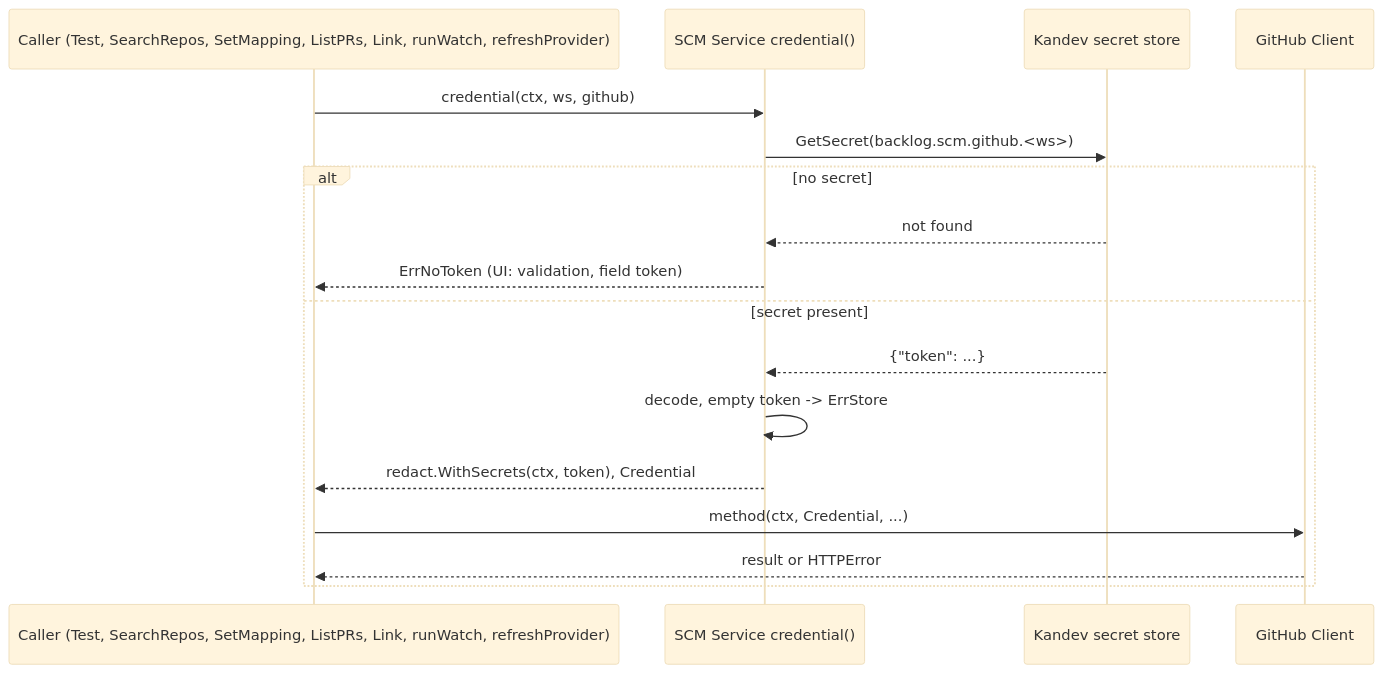
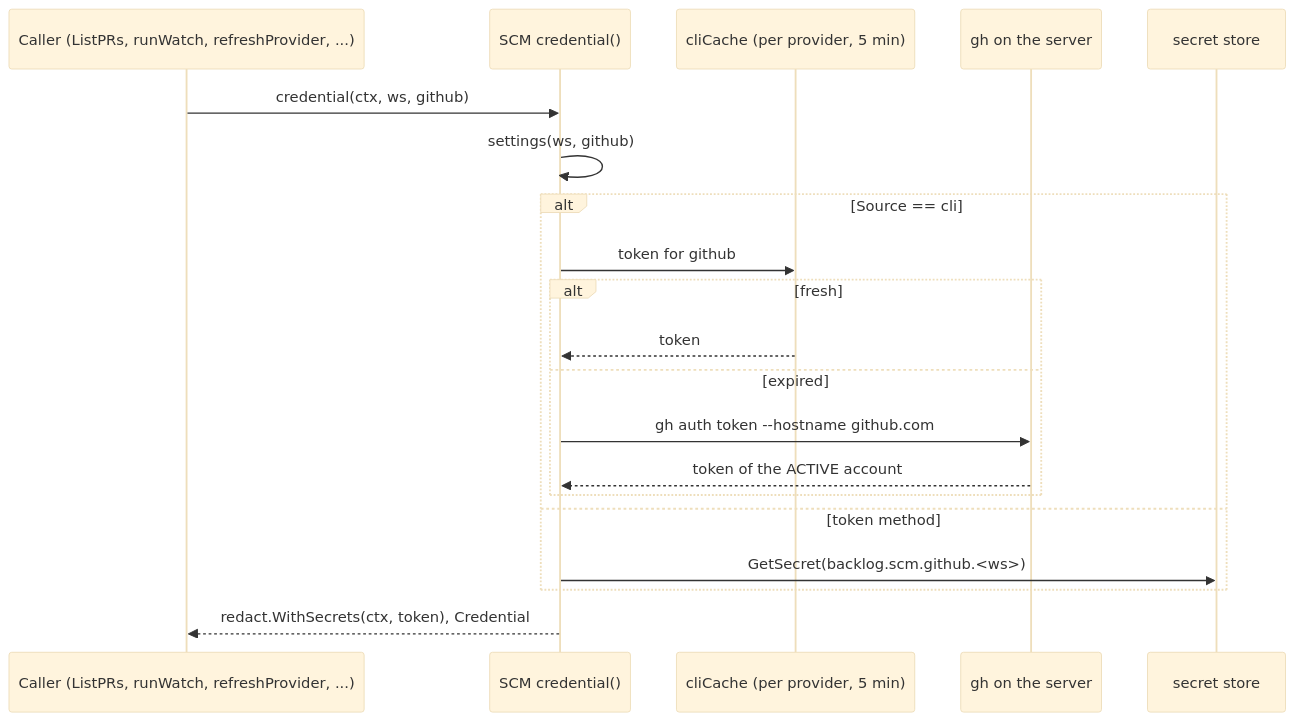
Before and after one commit to khuongdo/kandev-plugin-nulab-backlog: the third of 5 diagrams in aidlc/spaces/default/codekb/kandev-plugin-nulab-backlog/architecture.md, drawn with Mermaid (base theme). The commit also changed other lines of this file and 62 other files, not shown here.

First line of the commit message:
Choose the gh account per workspace for the GitHub CLI login (#23)

````diff
--- a/aidlc/spaces/default/codekb/kandev-plugin-nulab-backlog/architecture.md
+++ b/aidlc/spaces/default/codekb/kandev-plugin-nulab-backlog/architecture.md
@@ -174,19 +133,22 @@
 ```mermaid
 sequenceDiagram
-  participant C as Caller (Test, SearchRepos, SetMapping, ListPRs, Link, runWatch, refreshProvider)
-  participant S as SCM Service credential()
-  participant SS as Kandev secret store
-  participant G as GitHub Client
+  participant C as Caller (ListPRs, runWatch, refreshProvider, ...)
+  participant S as SCM credential()
+  participant CC as cliCache (per provider, 5 min)
+  participant X as gh on the server
+  participant SS as secret store
   C->>S: credential(ctx, ws, github)
-  S->>SS: GetSecret(backlog.scm.github.<ws>)
-  alt no secret
-    SS-->>S: not found
-    S-->>C: ErrNoToken (UI: validation, field token)
-  else secret present
-    SS-->>S: {"token": ...}
-    S->>S: decode, empty token -> ErrStore
-    S-->>C: redact.WithSecrets(ctx, token), Credential
-    C->>G: method(ctx, Credential, ...)
-    G-->>C: result or HTTPError
+  S->>S: settings(ws, github)
+  alt Source == cli
+    S->>CC: token for github
+    alt fresh
+      CC-->>S: token
+    else expired
+      S->>X: gh auth token --hostname github.com
+      X-->>S: token of the ACTIVE account
+    end
+  else token method
+    S->>SS: GetSecret(backlog.scm.github.<ws>)
   end
+  S-->>C: redact.WithSecrets(ctx, token), Credential
 ```
````
